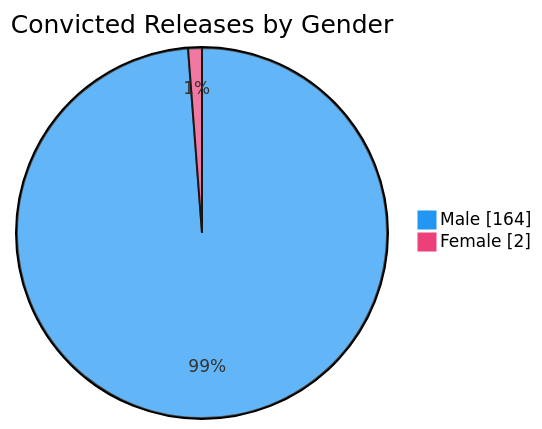
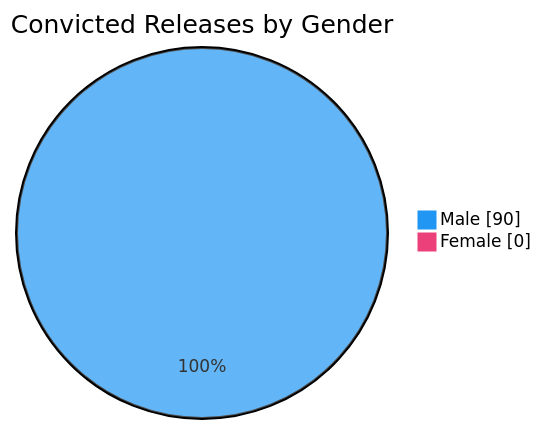
The sixth of 7 diagrams in README.md (nuuuwan/lk_prisons), drawn with Mermaid before and after one commit. The commit also changed other lines of this file and 1 other file, not shown here.

````diff
--- a/README.md
+++ b/README.md
@@ -98,6 +98,6 @@
 ```mermaid
 %%{init: {'themeVariables': {'pie1': '#2196F3', 'pie2': '#EC407A'}}}%%
 pie showData title Convicted Releases by Gender
-    "Male" : 164
-    "Female" : 2
+    "Male" : 90
+    "Female" : 0
 ```
````
